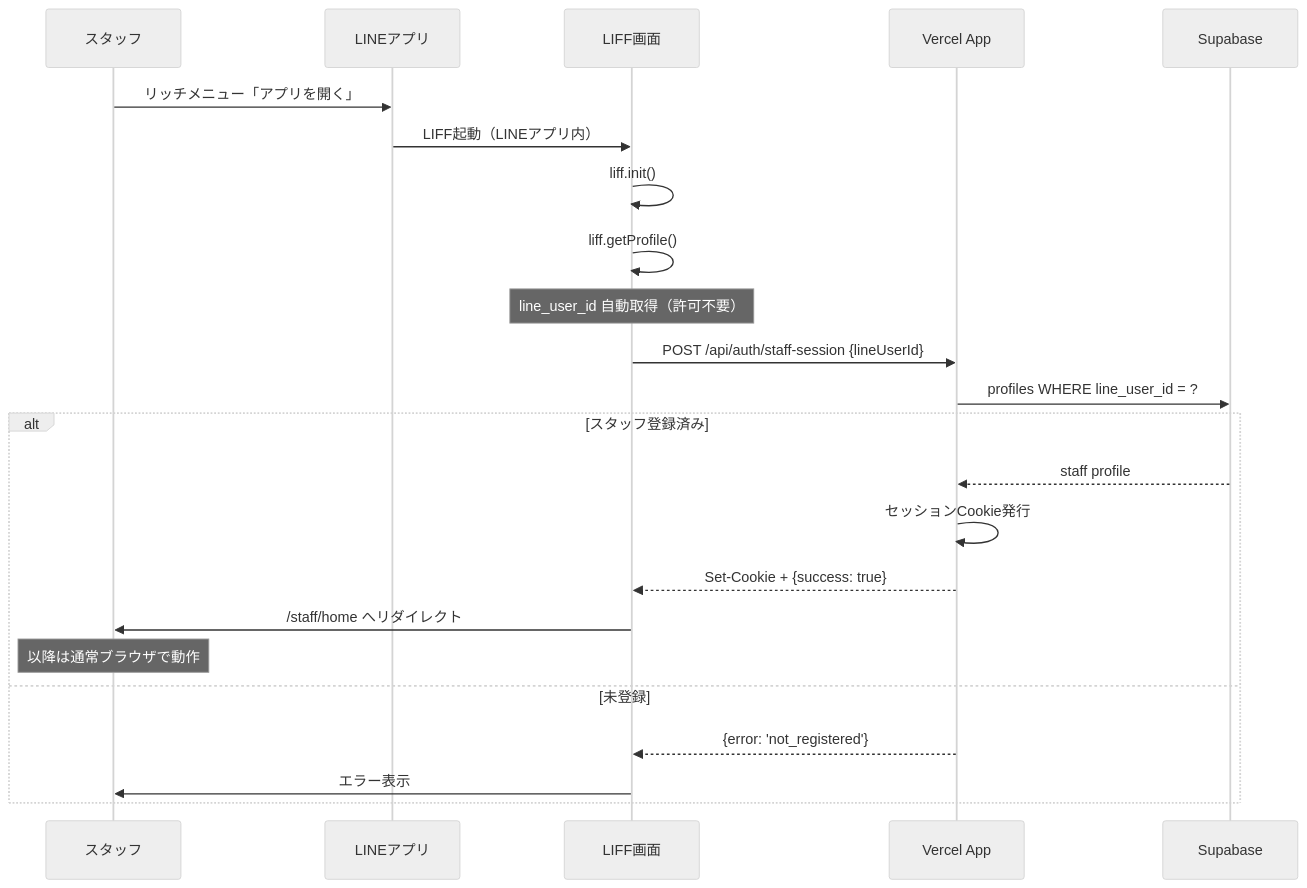
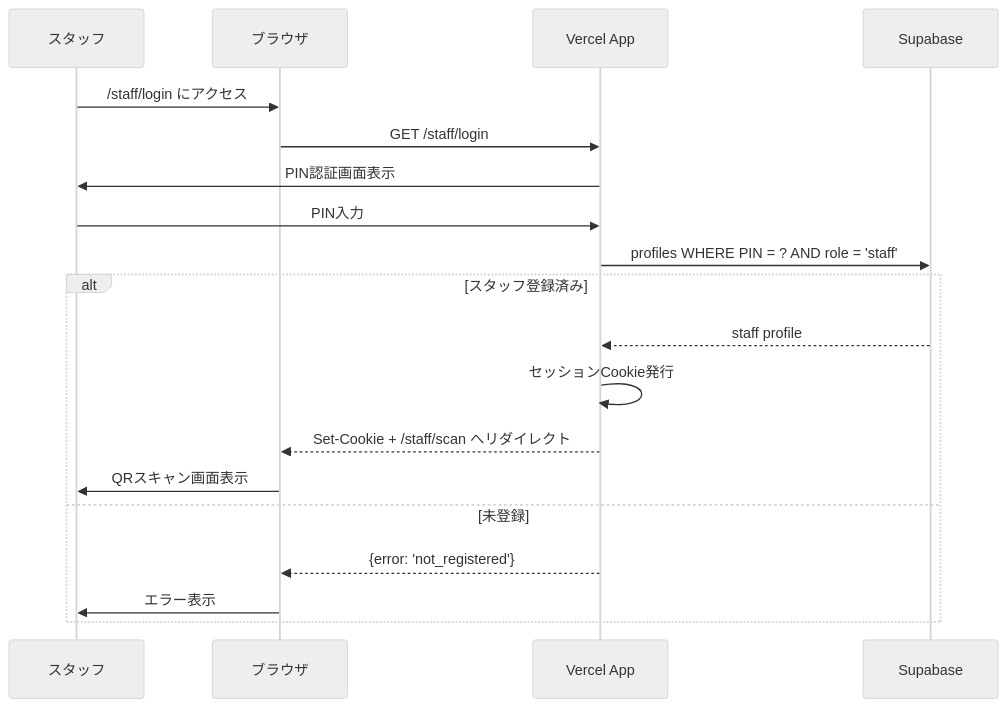
The second of 2 diagrams in docs/designe/28-スタッフLINE認証仕様書.md (Ks-Classic/cOralup-yourTIME), drawn with Mermaid (neutral theme) before and after one commit. The commit also changed other lines of this file and 33 other files, not shown here.

````diff
--- a/docs/designe/28-スタッフLINE認証仕様書.md
+++ b/docs/designe/28-スタッフLINE認証仕様書.md
@@ -208,27 +186,23 @@
 ```mermaid
 sequenceDiagram
     participant Staff as スタッフ
-    participant LINE as LINEアプリ
-    participant LIFF as LIFF画面
+    participant Browser as ブラウザ
     participant App as Vercel App
     participant DB as Supabase
 
-    Staff->>LINE: リッチメニュー「アプリを開く」
-    LINE->>LIFF: LIFF起動（LINEアプリ内）
-    LIFF->>LIFF: liff.init()
-    LIFF->>LIFF: liff.getProfile()
-    Note over LIFF: line_user_id 自動取得（許可不要）
-    LIFF->>App: POST /api/auth/staff-session {lineUserId}
-    App->>DB: profiles WHERE line_user_id = ?
+    Staff->>Browser: /staff/login にアクセス
+    Browser->>App: GET /staff/login
+    App->>Staff: PIN認証画面表示
+    Staff->>App: PIN入力
+    App->>DB: profiles WHERE PIN = ? AND role = 'staff'
     
     alt スタッフ登録済み
         DB-->>App: staff profile
         App->>App: セッションCookie発行
-        App-->>LIFF: Set-Cookie + {success: true}
-        LIFF->>Staff: /staff/home へリダイレクト
-        Note over Staff: 以降は通常ブラウザで動作
+        App-->>Browser: Set-Cookie + /staff/scan へリダイレクト
+        Browser->>Staff: QRスキャン画面表示
     else 未登録
-        App-->>LIFF: {error: 'not_registered'}
-        LIFF->>Staff: エラー表示
+        App-->>Browser: {error: 'not_registered'}
+        Browser->>Staff: エラー表示
     end
 ```
````
